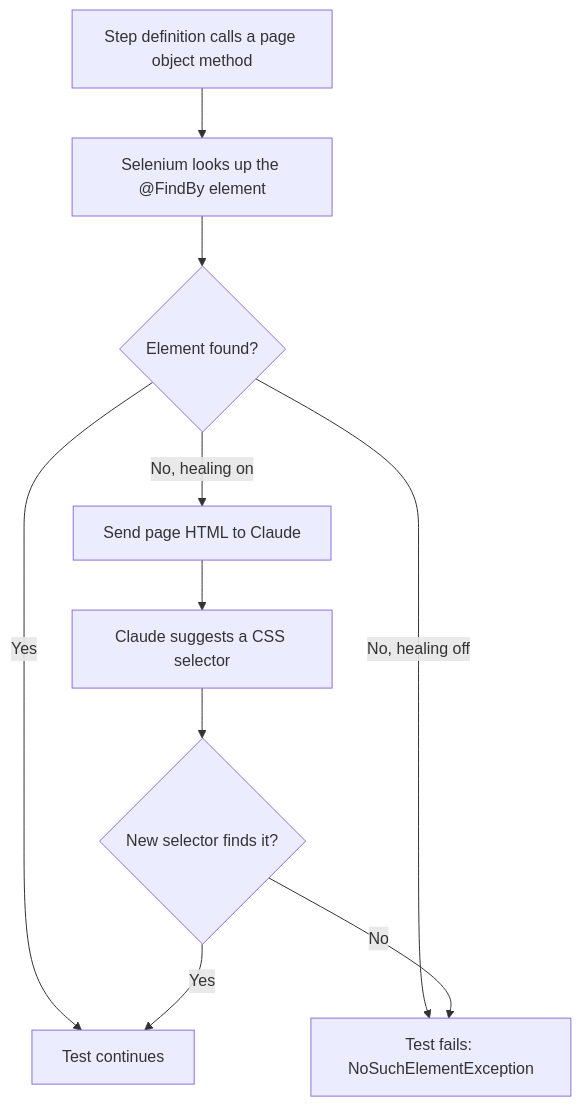
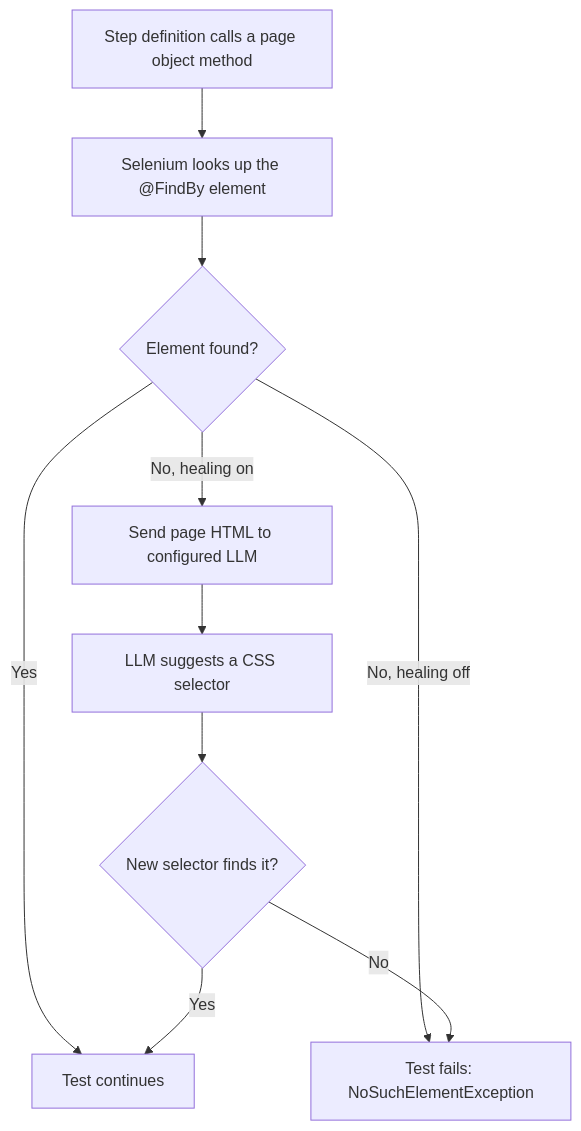
Before and after one commit to veeresh-bikkaneti/cucumberBDDParallel: the diagram in README.md, drawn with Mermaid. The commit also changed other lines of this file and 12 other files, not shown here.

````diff
--- a/README.md
+++ b/README.md
@@ -60,12 +85,12 @@
 ```mermaid
 flowchart TD
     A[Step definition calls a page object method] --> B[Selenium looks up the @FindBy element]
     B --> C{Element found?}
     C -->|Yes| D[Test continues]
     C -->|No, healing off| E[Test fails: NoSuchElementException]
-    C -->|No, healing on| F[Send page HTML to Claude]
-    F --> G[Claude suggests a CSS selector]
+    C -->|No, healing on| F[Send page HTML to configured LLM]
+    F --> G[LLM suggests a CSS selector]
     G --> H{New selector finds it?}
     H -->|Yes| D
     H -->|No| E
 ```
````
